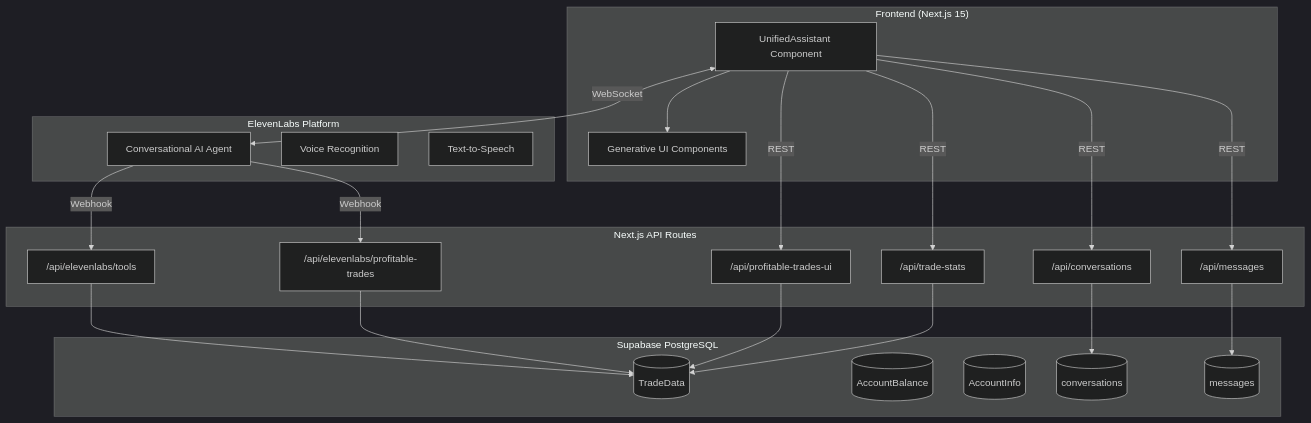
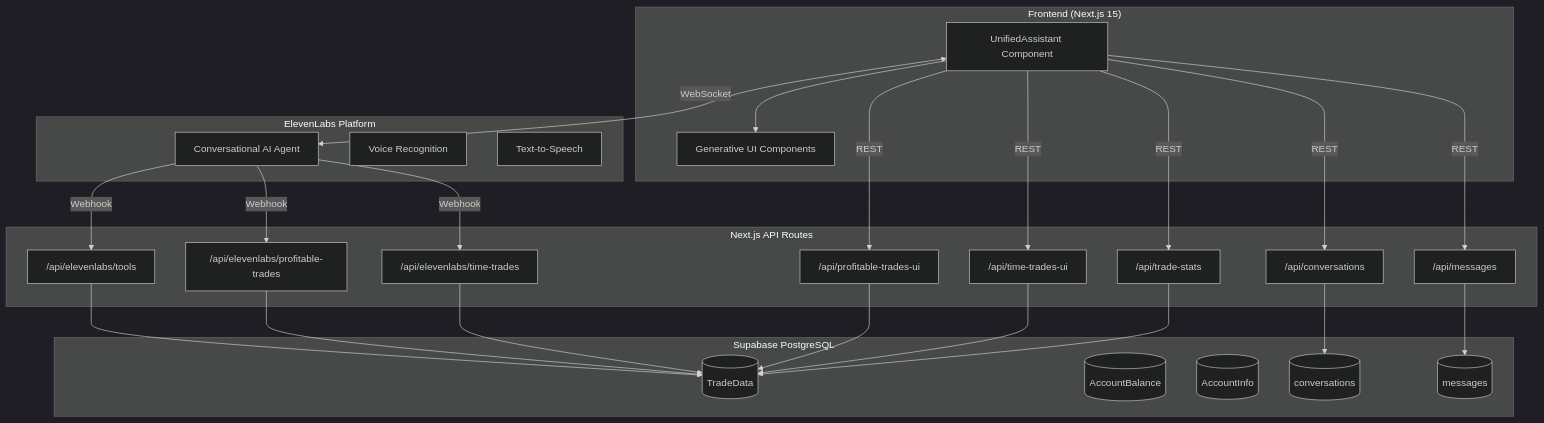
Before and after one commit to fin-agent/finagent-frontend: the first of 8 diagrams in README.md, drawn with Mermaid (dark theme). The commit also changed other lines of this file and 14 other files, not shown here.

````diff
--- a/README.md
+++ b/README.md
@@ -18,46 +18,52 @@
 ```mermaid
 flowchart TB
     subgraph Client["Frontend (Next.js 15)"]
         UA[UnifiedAssistant Component]
         GU[Generative UI Components]
         UA --> GU
     end
 
     subgraph ElevenLabs["ElevenLabs Platform"]
         Agent[Conversational AI Agent]
         Voice[Voice Recognition]
         TTS[Text-to-Speech]
     end
 
     subgraph API["Next.js API Routes"]
         Tools["/api/elevenlabs/tools"]
         PT["/api/elevenlabs/profitable-trades"]
+        TT["/api/elevenlabs/time-trades"]
         TS["/api/trade-stats"]
         TUI["/api/profitable-trades-ui"]
+        TTUI["/api/time-trades-ui"]
         Conv["/api/conversations"]
         Msg["/api/messages"]
     end
 
     subgraph Database["Supabase PostgreSQL"]
         TD[(TradeData)]
         AB[(AccountBalance)]
         AI[(AccountInfo)]
         C[(conversations)]
         M[(messages)]
     end
 
     UA <-->|WebSocket| Agent
     Agent -->|Webhook| Tools
     Agent -->|Webhook| PT
+    Agent -->|Webhook| TT
     UA -->|REST| TUI
+    UA -->|REST| TTUI
     UA -->|REST| TS
     UA -->|REST| Conv
     UA -->|REST| Msg
 
     Tools --> TD
     PT --> TD
+    TT --> TD
     TUI --> TD
+    TTUI --> TD
     TS --> TD
     Conv --> C
     Msg --> M
 ```
````
